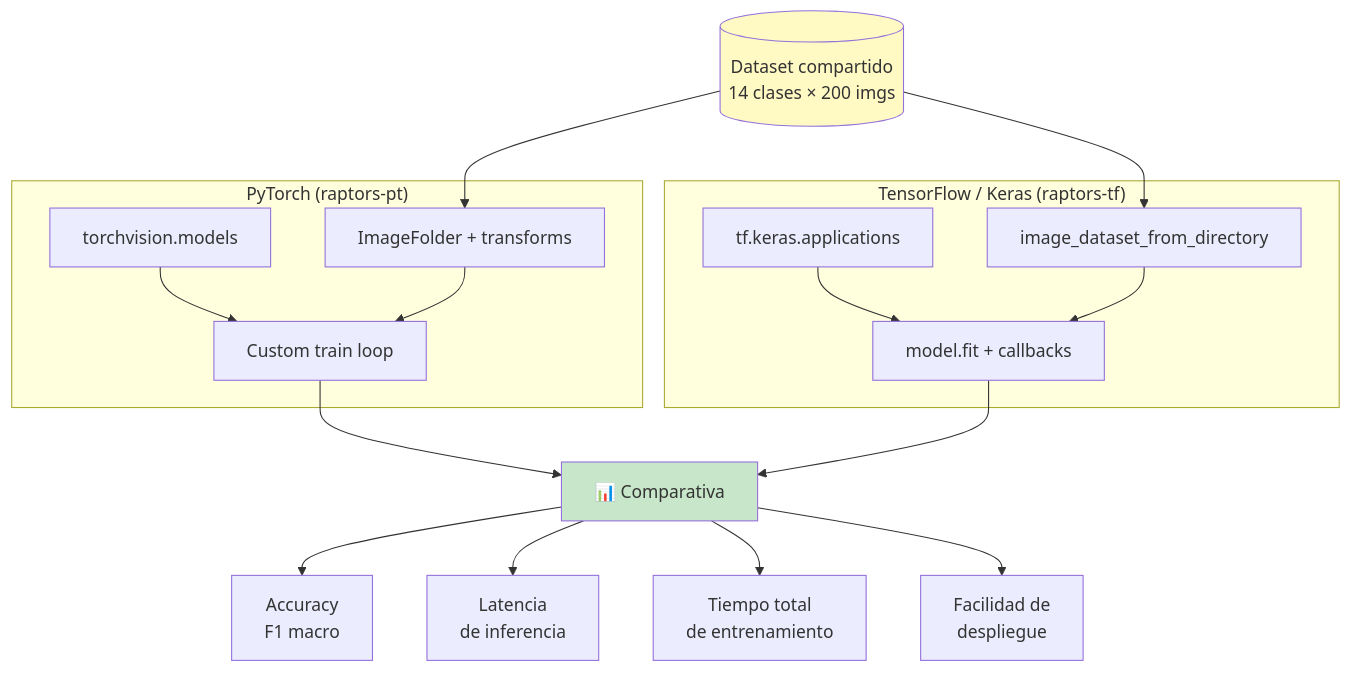
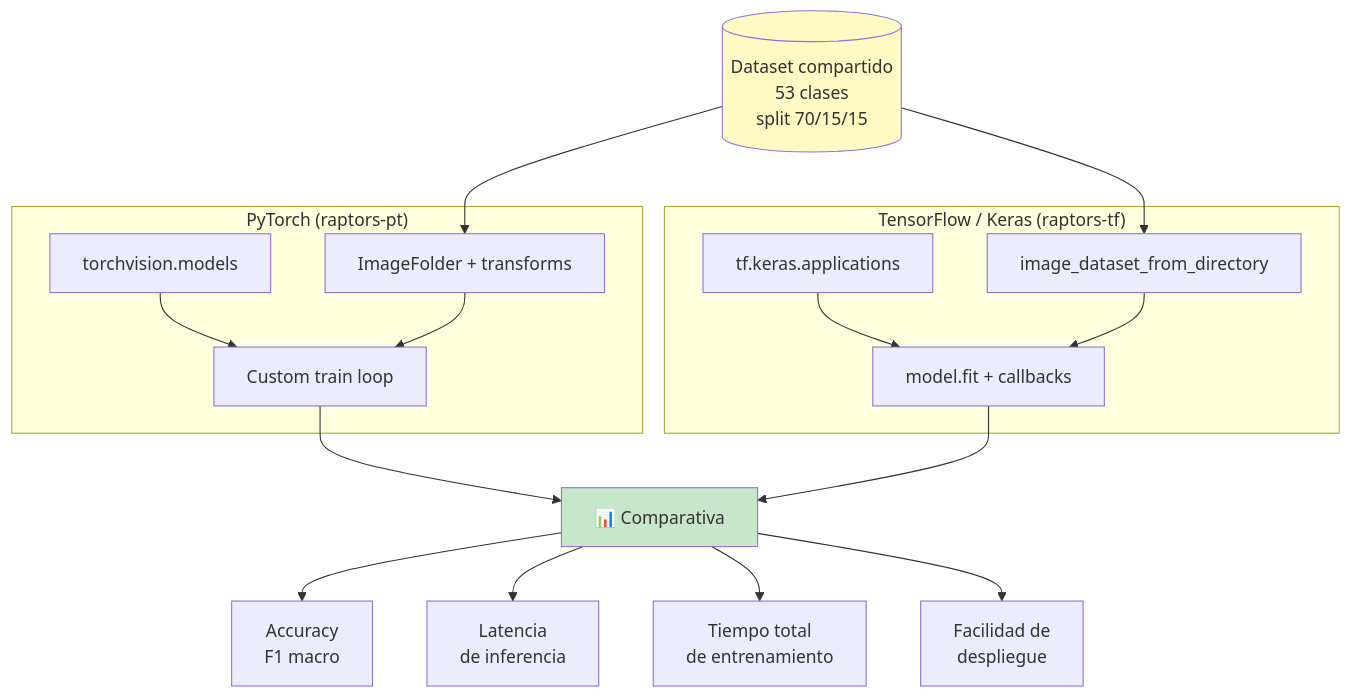
One commit to ZOMBIECRAFTIAN/raptors-cnn changed the fifth of 6 diagrams in documentacion/diagramas/arquitectura.md. Above: the diagram before and after it, drawn with Mermaid. The commit also changed other lines of this file and 26 other files, not shown here.

````diff
--- a/documentacion/diagramas/arquitectura.md
+++ b/documentacion/diagramas/arquitectura.md
@@ -139,34 +149,34 @@
 ```mermaid
 flowchart TB
-    Dataset[(Dataset compartido<br/>14 clases × 200 imgs)]
+    Dataset[(Dataset compartido<br/>53 clases<br/>split 70/15/15)]
 
     subgraph "PyTorch (raptors-pt)"
         PT1[torchvision.models]
         PT2[ImageFolder + transforms]
         PT3[Custom train loop]
     end
 
     subgraph "TensorFlow / Keras (raptors-tf)"
         TF1[tf.keras.applications]
         TF2[image_dataset_from_directory]
         TF3[model.fit + callbacks]
     end
 
     Dataset --> PT2
     Dataset --> TF2
     PT1 --> PT3
     PT2 --> PT3
     TF1 --> TF3
     TF2 --> TF3
 
     PT3 --> Compare[📊 Comparativa]
     TF3 --> Compare
 
     Compare --> M1[Accuracy<br/>F1 macro]
     Compare --> M2[Latencia<br/>de inferencia]
     Compare --> M3[Tiempo total<br/>de entrenamiento]
     Compare --> M4[Facilidad de<br/>despliegue]
 
     style Dataset fill:#FFF9C4
     style Compare fill:#C8E6C9
 ```
````
